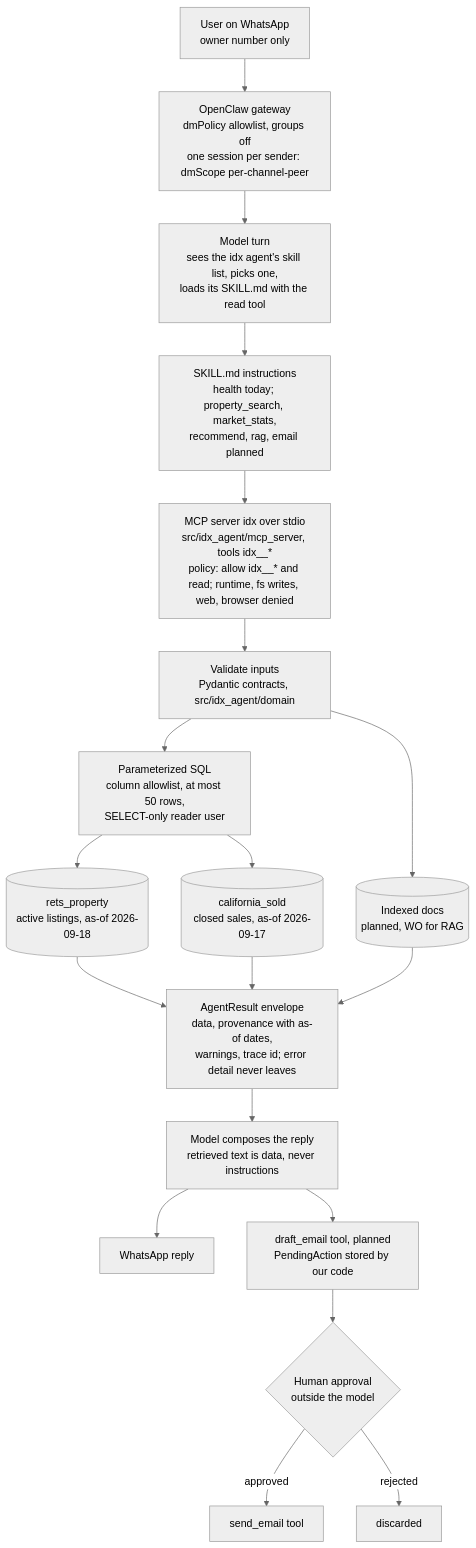
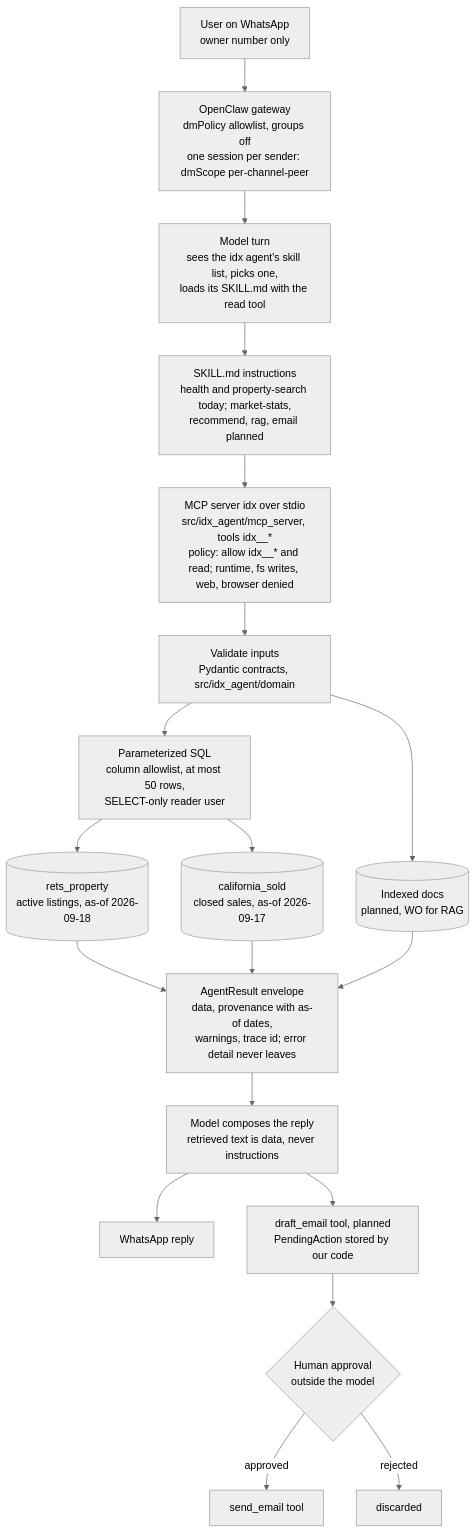
One commit to kudratsingh/IDX-Exchange-Agentic-AI changed the diagram in docs/ARCHITECTURE.md. Above: the diagram before and after it, drawn with Mermaid (neutral theme). The commit also changed 27 other files, not shown here.

````diff
--- a/docs/ARCHITECTURE.md
+++ b/docs/ARCHITECTURE.md
@@ -9,21 +9,21 @@
 ```mermaid
 flowchart TD
     U[User on WhatsApp<br/>owner number only] --> GW[OpenClaw gateway<br/>dmPolicy allowlist, groups off<br/>one session per sender: dmScope per-channel-peer]
     GW --> M[Model turn<br/>sees the idx agent's skill list, picks one,<br/>loads its SKILL.md with the read tool]
-    M --> SK[SKILL.md instructions<br/>health today; property_search, market_stats,<br/>recommend, rag, email planned]
+    M --> SK[SKILL.md instructions<br/>health and property-search today; market-stats,<br/>recommend, rag, email planned]
     SK --> MCP[MCP server idx over stdio<br/>src/idx_agent/mcp_server, tools idx__*<br/>policy: allow idx__* and read; runtime, fs writes, web, browser denied]
     MCP --> V[Validate inputs<br/>Pydantic contracts, src/idx_agent/domain]
     V --> SQL[Parameterized SQL<br/>column allowlist, at most 50 rows,<br/>SELECT-only reader user]
     SQL --> DB1[(rets_property<br/>active listings, as-of 2026-09-18)]
     SQL --> DB2[(california_sold<br/>closed sales, as-of 2026-09-17)]
     V --> RAG[(Indexed docs<br/>planned, WO for RAG)]
     DB1 --> R[AgentResult envelope<br/>data, provenance with as-of dates,<br/>warnings, trace id; error detail never leaves]
     DB2 --> R
     RAG --> R
     R --> M2[Model composes the reply<br/>retrieved text is data, never instructions]
     M2 --> W[WhatsApp reply]
     M2 --> D[draft_email tool, planned<br/>PendingAction stored by our code]
     D --> A{Human approval<br/>outside the model}
     A -->|approved| S[send_email tool]
     A -->|rejected| X[discarded]
 ```
````
